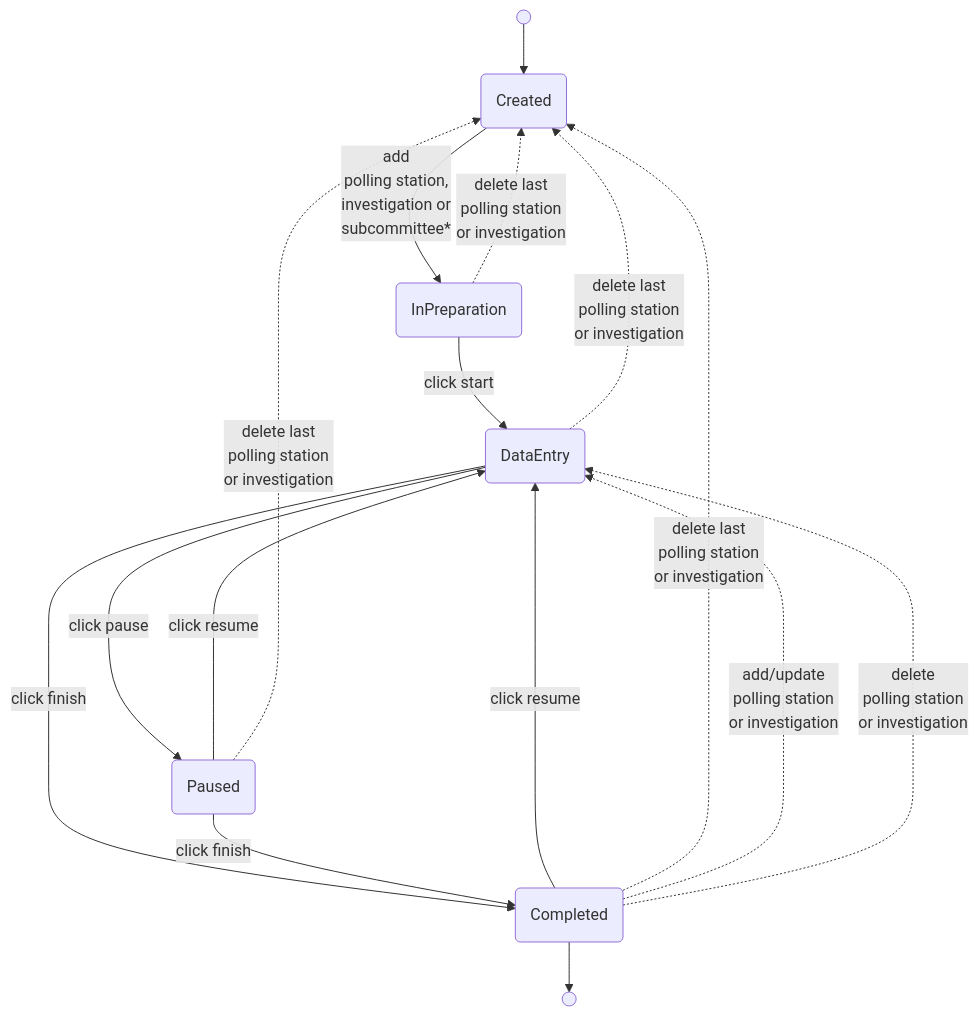
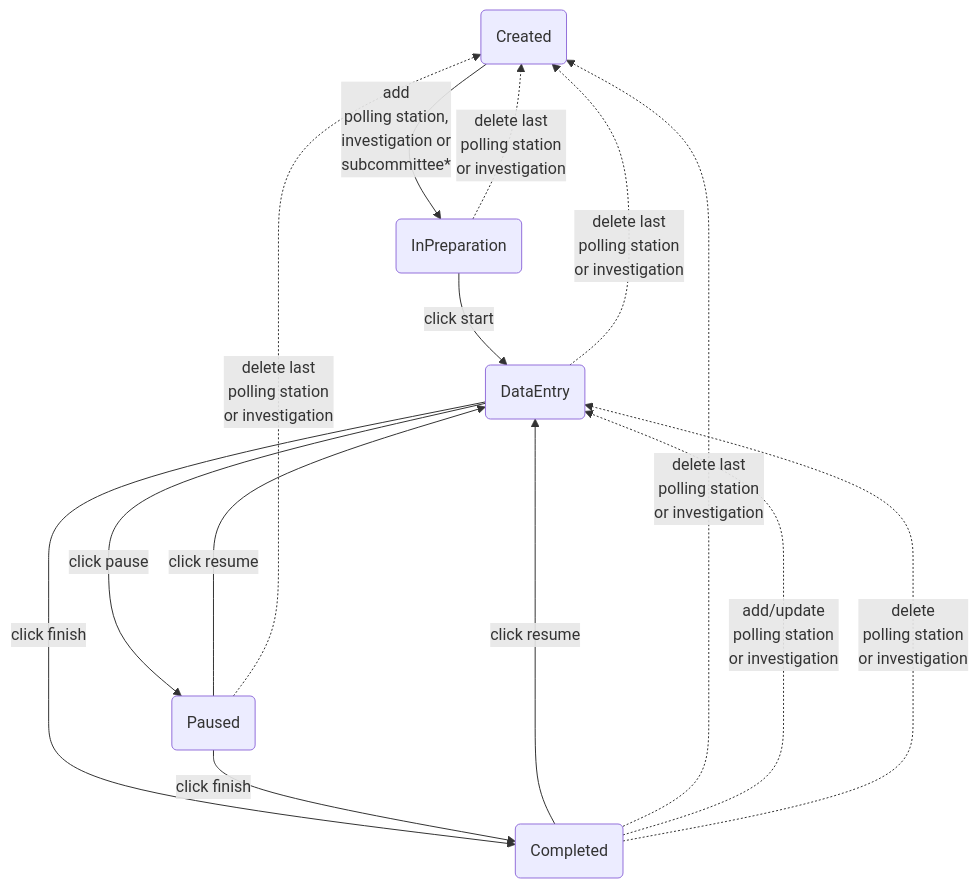
Before and after one commit to kiesraad/abacus: the diagram in documentatie/state-machines/committee-session-state.md, drawn with Mermaid. The commit also changed other lines of this file, not shown here.

Commit message:
Updated committee session state diagram (#2983)

````diff
--- a/documentatie/state-machines/committee-session-state.md
+++ b/documentatie/state-machines/committee-session-state.md
@@ -20,31 +18,31 @@
 ```mermaid
 flowchart
-  flow_start@{ shape: sm-circ }
-  flow_end@{ shape: sm-circ }
+%%  flow_start@{ shape: sm-circ }
+%%  flow_end@{ shape: sm-circ }
 
   created(Created)
   in_preparation(InPreparation)
   data_entry(DataEntry)
   paused(Paused)
   completed(Completed)
 
-  flow_start --> created
+%%  flow_start --> created
   in_preparation -->|click start| data_entry
   data_entry -->|click finish| completed
   data_entry -->|click pause| paused
   paused --->|click resume| data_entry
   paused -->|click finish| completed
   completed -->|click resume| data_entry
-  completed --> flow_end
+%%  completed --> flow_end
 
   paused -.->|delete last<br/>polling station<br/>or investigation| created
   data_entry -.->|delete last<br/>polling station<br/>or investigation| created
   in_preparation -.->|delete last<br/>polling station<br/>or investigation| created
   completed -.->|delete last<br/>polling station<br/>or investigation| created
 
   created -->|add<br/>polling station,<br/>investigation or<br/>subcommittee*| in_preparation
 
   completed -.->|add/update<br/>polling station<br/>or investigation| data_entry
 
   completed -.->|delete<br/>polling station<br/>or investigation| data_entry
 ```
````
